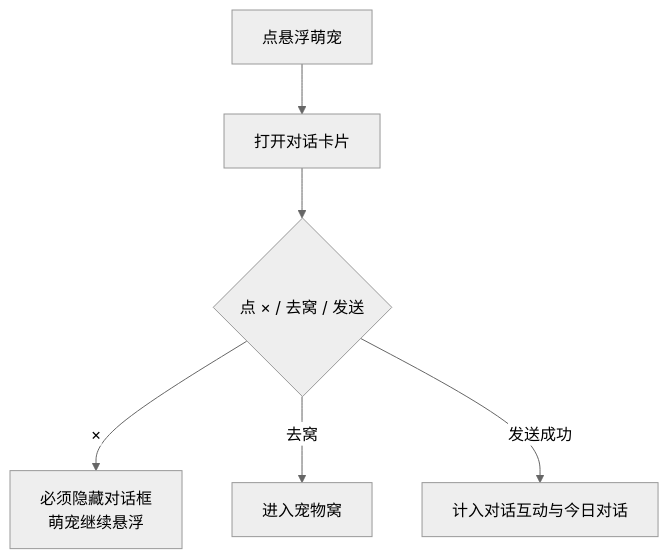
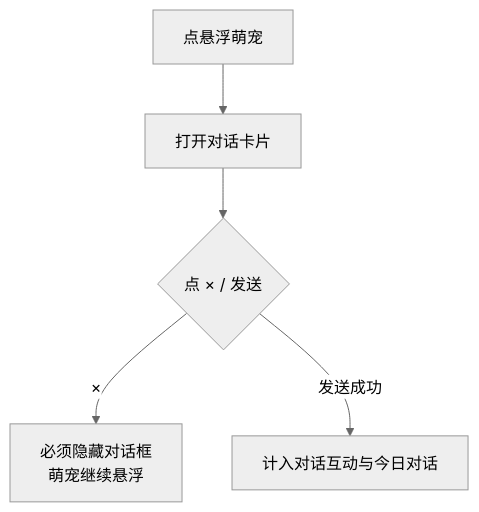
One commit to huasabrina8-dotcom/qq-pet-vip-prototype changed the fifth of 8 diagrams in docs/萌宠乐园-开发测试宣讲需求.md. Above: the diagram before and after it, drawn with Mermaid (neutral theme). The commit also changed other lines of this file and 147 other files, not shown here.

````diff
--- a/docs/萌宠乐园-开发测试宣讲需求.md
+++ b/docs/萌宠乐园-开发测试宣讲需求.md
@@ -671,8 +707,7 @@
 ```mermaid
 flowchart TD
   A[点悬浮萌宠] --> B[打开对话卡片]
-  B --> C{点 × / 去窝 / 发送}
+  B --> C{点 × / 发送}
   C -->|×| D[必须隐藏对话框<br/>萌宠继续悬浮]
-  C -->|去窝| E[进入宠物窝]
   C -->|发送成功| F[计入对话互动与今日对话]
 ```
````
